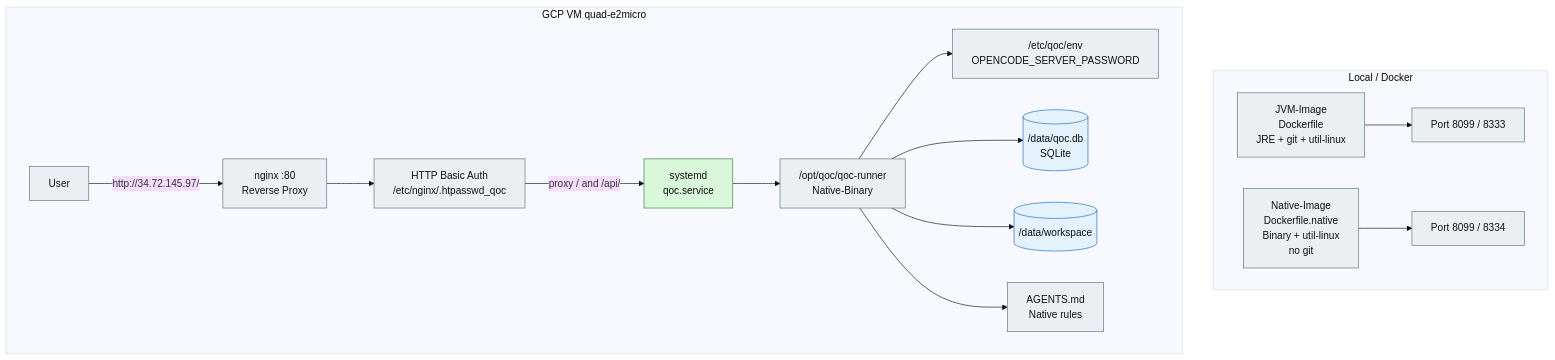
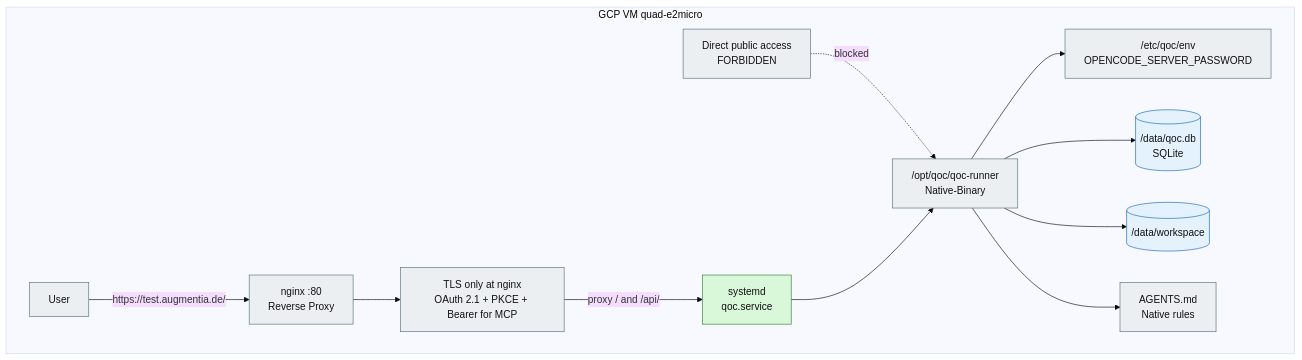
One commit to augmentia-de/QOC changed the diagram in docs/diagrams/10-deployment.md. Above: the diagram before and after it, drawn with Mermaid (base theme). The commit also changed other lines of this file and 31 other files, not shown here.

````diff
--- a/docs/diagrams/10-deployment.md
+++ b/docs/diagrams/10-deployment.md
@@ -9,36 +12,29 @@
 ```mermaid
 flowchart TB
-  subgraph Local["Local / Docker"]
-    Jvm["JVM-Image<br/>Dockerfile<br/>JRE + git + util-linux"]:::ext
-    JvmPort["Port 8099 / 8333"]:::ext
-    Native["Native-Image<br/>Dockerfile.native<br/>Binary + util-linux<br/>no git"]:::ext
-    NativePort["Port 8099 / 8334"]:::ext
-    Jvm --> JvmPort
-    Native --> NativePort
-  end
-
   subgraph Gcp["GCP VM quad-e2micro"]
     User["User"]:::ext
     Nginx["nginx :80<br/>Reverse Proxy"]:::ext
-    Auth["HTTP Basic Auth<br/>/etc/nginx/.htpasswd_qoc"]:::ext
+    Auth["TLS only at nginx<br/>OAuth 2.1 + PKCE + Bearer for MCP"]:::ext
     Systemd["systemd<br/>qoc.service"]:::det
     Binary["/opt/qoc/qoc-runner<br/>Native-Binary"]:::ext
     Env["/etc/qoc/env<br/>OPENCODE_SERVER_PASSWORD"]:::ext
     Db[("/data/qoc.db<br/>SQLite")]:::store
     Workspace[("/data/workspace")]:::store
     Agents["AGENTS.md<br/>Native rules"]:::ext
 
-    User -->|"http://34.72.145.97/"| Nginx
+    User -->|"https://test.augmentia.de/"| Nginx
     Nginx --> Auth
     Auth -->|"proxy / and /api/"| Systemd
+    Direct["Direct public access<br/>FORBIDDEN"]:::ext
+    Direct -.->|"blocked"| Binary
     Systemd --> Binary
     Binary --> Env
     Binary --> Db
     Binary --> Workspace
     Binary --> Agents
   end
 
   classDef det fill:#d9f7d9,stroke:#2e7d32,stroke-width:1px,color:#111;
   classDef ext fill:#eceff1,stroke:#546e7a,stroke-width:1px,color:#111;
   classDef store fill:#e3f2fd,stroke:#1565c0,stroke-width:1px,color:#111;
 ```
````
